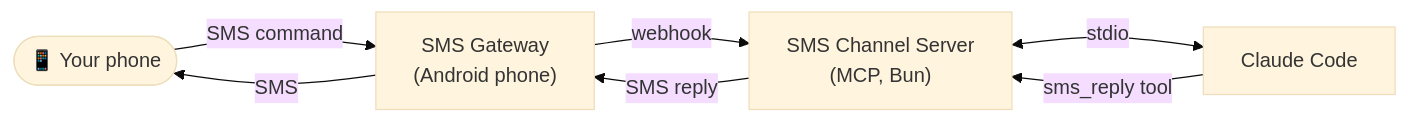
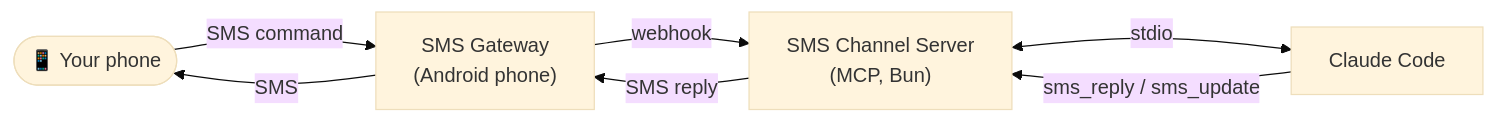
Before and after one commit to oguzcan-yavuz/sms-to-claude: the diagram in README.md, drawn with Mermaid (base theme). The commit also changed other lines of this file and 4 other files, not shown here.

````diff
--- a/README.md
+++ b/README.md
@@ -5,16 +5,16 @@
 ```mermaid
 flowchart LR
     phone(["📱 Your phone"])
     gateway["SMS Gateway
     (Android phone)"]
     server["SMS Channel Server
     (MCP, Bun)"]
     claude["Claude Code"]
 
     phone -->|"SMS command"| gateway
     gateway -->|"webhook"| server
     server <-->|"stdio"| claude
-    claude -->|"sms_reply tool"| server
+    claude -->|"sms_reply / sms_update"| server
     server -->|"SMS reply"| gateway
     gateway -->|"SMS"| phone
 ```
````
